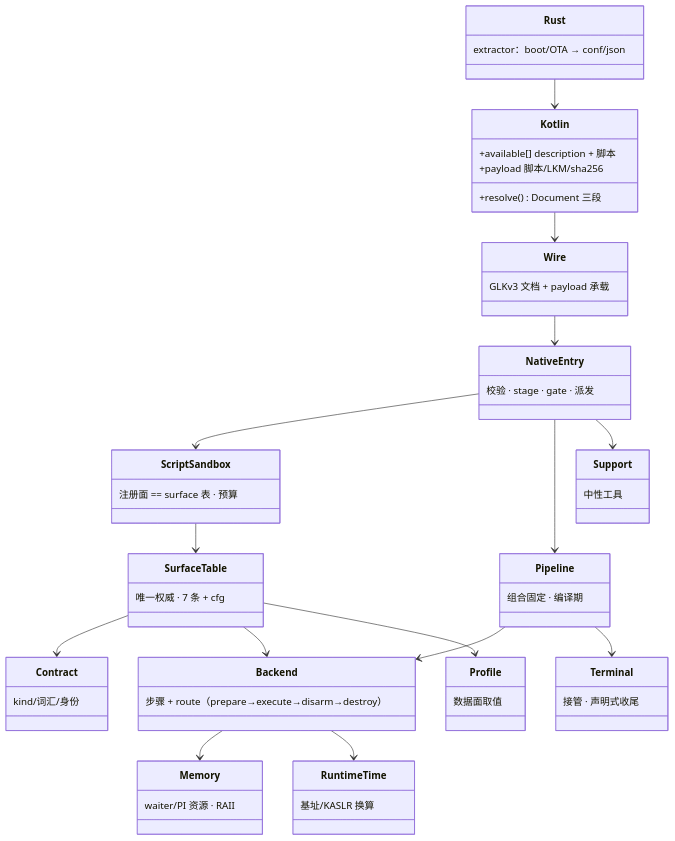
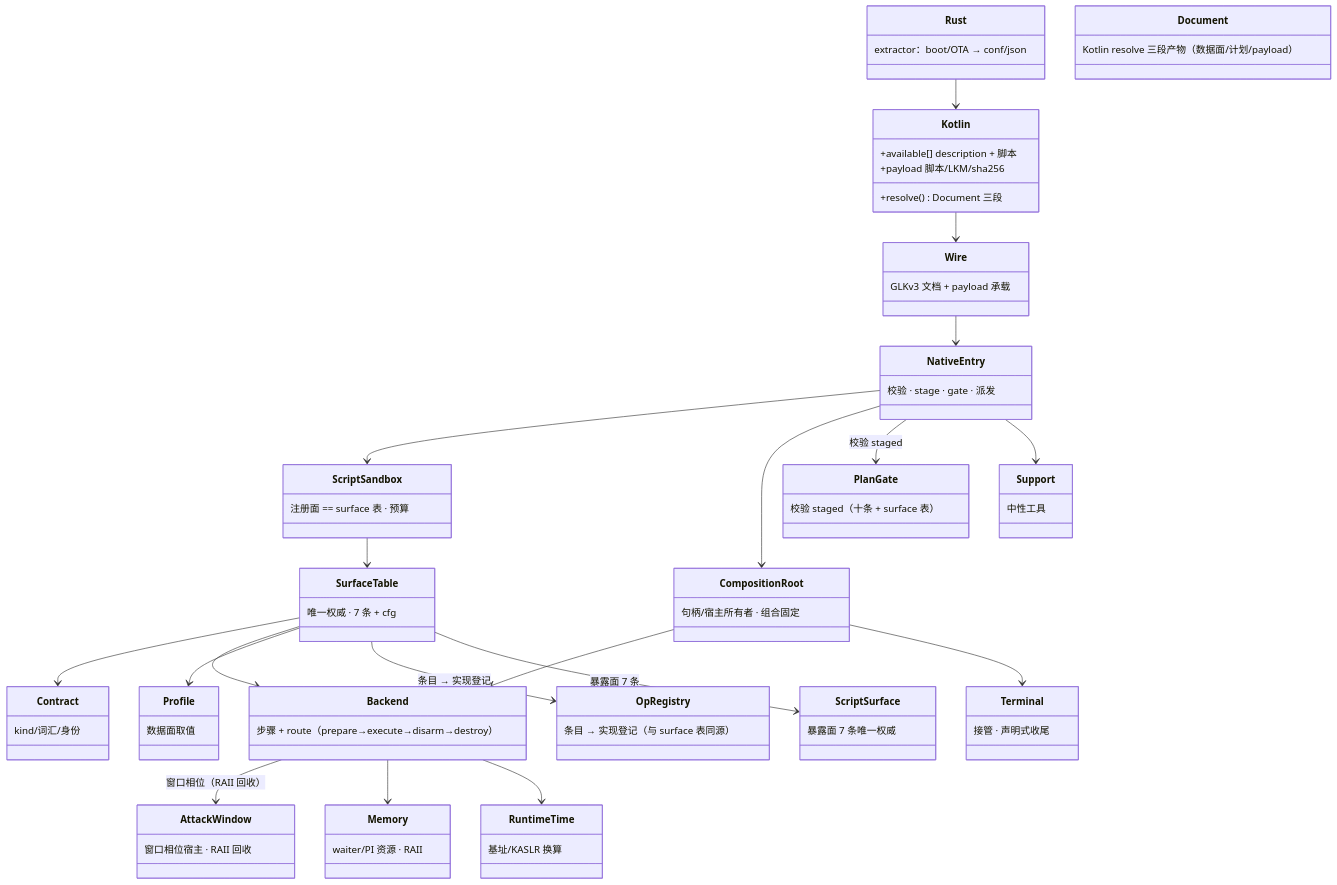
One commit to YuKongA/ghostlock-app changed the sixth of 10 diagrams in docs/development/full-process-uml.md. Above: the diagram before and after it, drawn with Mermaid. The commit also changed other lines of this file and 13 other files, not shown here.

````diff
--- a/docs/development/full-process-uml.md
+++ b/docs/development/full-process-uml.md
@@ -95,35 +95,54 @@
 ```mermaid
 classDiagram
   class Kotlin {
     +resolve() Document 三段
     +available[] description + 脚本
     +payload 脚本/LKM/sha256
   }
   class Wire { GLKv3 文档 + payload 承载 }
   class NativeEntry { 校验 · stage · gate · 派发 }
   class ScriptSandbox { 注册面 == surface 表 · 预算 }
   class SurfaceTable { 唯一权威 · 7 条 + cfg }
   class Contract { kind/词汇/身份 }
-  class Pipeline { 组合固定 · 编译期 }
+  class CompositionRoot { 句柄/宿主所有者 · 组合固定 }
   class Backend { 步骤 + route（prepare→execute→disarm→destroy） }
   class Terminal { 接管 · 声明式收尾 }
   class Memory { waiter/PI 资源 · RAII }
   class Support { 中性工具 }
   class Profile { 数据面取值 }
   class RuntimeTime { 基址/KASLR 换算 }
   class Rust { extractor：boot/OTA → conf/json }
+  class AttackWindow {
+    窗口相位宿主 · RAII 回收
+  }
+  class OpRegistry {
+    条目 → 实现登记（与 surface 表同源）
+  }
+  class ScriptSurface {
+    暴露面 7 条唯一权威
+  }
+  class PlanGate {
+    校验 staged（十条 + surface 表）
+  }
+  class Document {
+    Kotlin resolve 三段产物（数据面/计划/payload）
+  }
   Kotlin --> Wire
   Wire --> NativeEntry
   NativeEntry --> ScriptSandbox
   ScriptSandbox --> SurfaceTable
   SurfaceTable --> Contract
   SurfaceTable --> Backend
   SurfaceTable --> Profile
-  NativeEntry --> Pipeline
-  Pipeline --> Backend
-  Pipeline --> Terminal
+  NativeEntry --> CompositionRoot
+  CompositionRoot --> Backend
+  CompositionRoot --> Terminal
+  Backend --> AttackWindow : 窗口相位（RAII 回收）
+  SurfaceTable --> OpRegistry : 条目 → 实现登记
+  SurfaceTable --> ScriptSurface : 暴露面 7 条
+  NativeEntry --> PlanGate : 校验 staged
   Backend --> Memory
   Backend --> RuntimeTime
   NativeEntry --> Support
   Rust --> Kotlin
 ```
````
